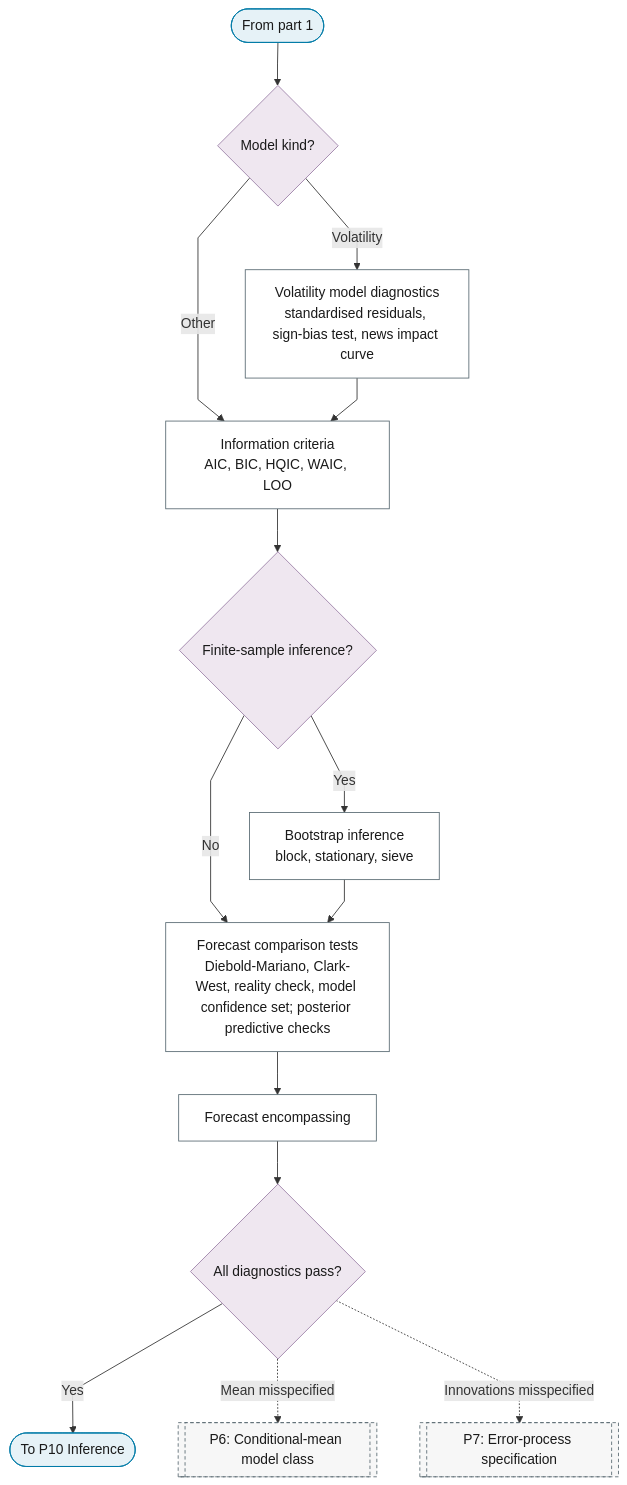
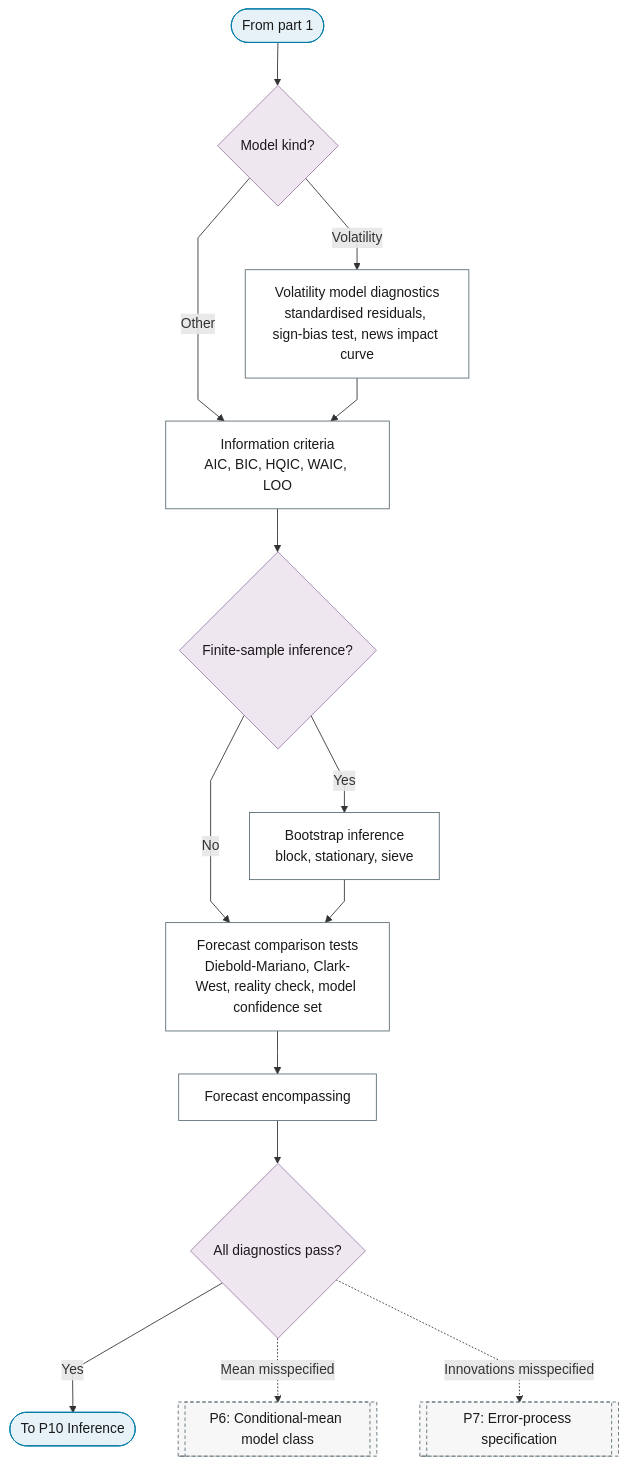
Before and after one commit to Shuxin-Y/time-series-analysis-manual: the second of 2 diagrams in docs/01-workflow/p09-diagnostics-selection.md, drawn with Mermaid. The commit also changed other lines of this file and 3 other files, not shown here.

First line of the commit message:
fix(flowchart): posterior predictive checks get their own P9 leaf (rev2 r2-c)

````diff
--- a/docs/01-workflow/p09-diagnostics-selection.md
+++ b/docs/01-workflow/p09-diagnostics-selection.md
@@ -60,29 +63,29 @@
 ```mermaid
 %%{init: {"flowchart": {"curve": "linear"}}}%%
 graph TD
     P9_PART_2_IN(["From part 1"]) --> P9_MODEL_KIND{"Model kind?"}
     P9_MODEL_KIND -->|"Volatility"| P9_VOLATILITY_DIAGNOSTICS["Volatility model diagnostics<br/>standardised residuals, sign-bias test, news impact curve"]
     P9_MODEL_KIND -->|"Other"| P9_INFORMATION_CRITERIA
     P9_VOLATILITY_DIAGNOSTICS --> P9_INFORMATION_CRITERIA["Information criteria<br/>AIC, BIC, HQIC, WAIC, LOO"]
     P9_INFORMATION_CRITERIA --> P9_INFERENCE_NEEDED{"Finite-sample inference?"}
     P9_INFERENCE_NEEDED -->|"Yes"| P9_BOOTSTRAP["Bootstrap inference<br/>block, stationary, sieve"]
     P9_INFERENCE_NEEDED -->|"No"| P9_FORECAST_COMPARISON
-    P9_BOOTSTRAP --> P9_FORECAST_COMPARISON["Forecast comparison tests<br/>Diebold-Mariano, Clark-West, reality check, model confidence set; posterior predictive checks"]
+    P9_BOOTSTRAP --> P9_FORECAST_COMPARISON["Forecast comparison tests<br/>Diebold-Mariano, Clark-West, reality check, model confidence set"]
     P9_FORECAST_COMPARISON --> P9_ENCOMPASSING["Forecast encompassing"]
     P9_ENCOMPASSING --> P9_PASS{"All diagnostics pass?"}
     P9_PASS -->|"Yes"| P9_OUT(["To P10 Inference"])
     P9_PASS -.->|"Mean misspecified"| P6[["P6: Conditional-mean model class"]]
     P9_PASS -.->|"Innovations misspecified"| P7[["P7: Error-process specification"]]
     class P9_PART_2_IN,P9_OUT terminator
     class P9_MODEL_KIND,P9_INFERENCE_NEEDED,P9_PASS decision
     class P9_VOLATILITY_DIAGNOSTICS,P9_INFORMATION_CRITERIA,P9_BOOTSTRAP,P9_FORECAST_COMPARISON,P9_ENCOMPASSING process
     class P6,P7 ref
     classDef terminator fill:#E6F2F7,stroke:#007BA7,color:#1A1A1A;
     classDef process fill:#FFFFFF,stroke:#5A6B73,color:#1A1A1A;
     classDef decision fill:#EFE7F0,stroke:#9B7FA7,color:#1A1A1A;
     classDef data fill:#FFF4E0,stroke:#C9A55E,color:#1A1A1A;
     classDef good fill:#DCEFD8,stroke:#4A7A3F,color:#1A1A1A;
     classDef escalate fill:#FFE9C2,stroke:#C9A55E,color:#1A1A1A;
     classDef problem fill:#F2D9DE,stroke:#800020,color:#1A1A1A;
     classDef ref fill:#F7F7F7,stroke:#5A6B73,color:#1A1A1A,stroke-dasharray:4 3;
 ```
````
